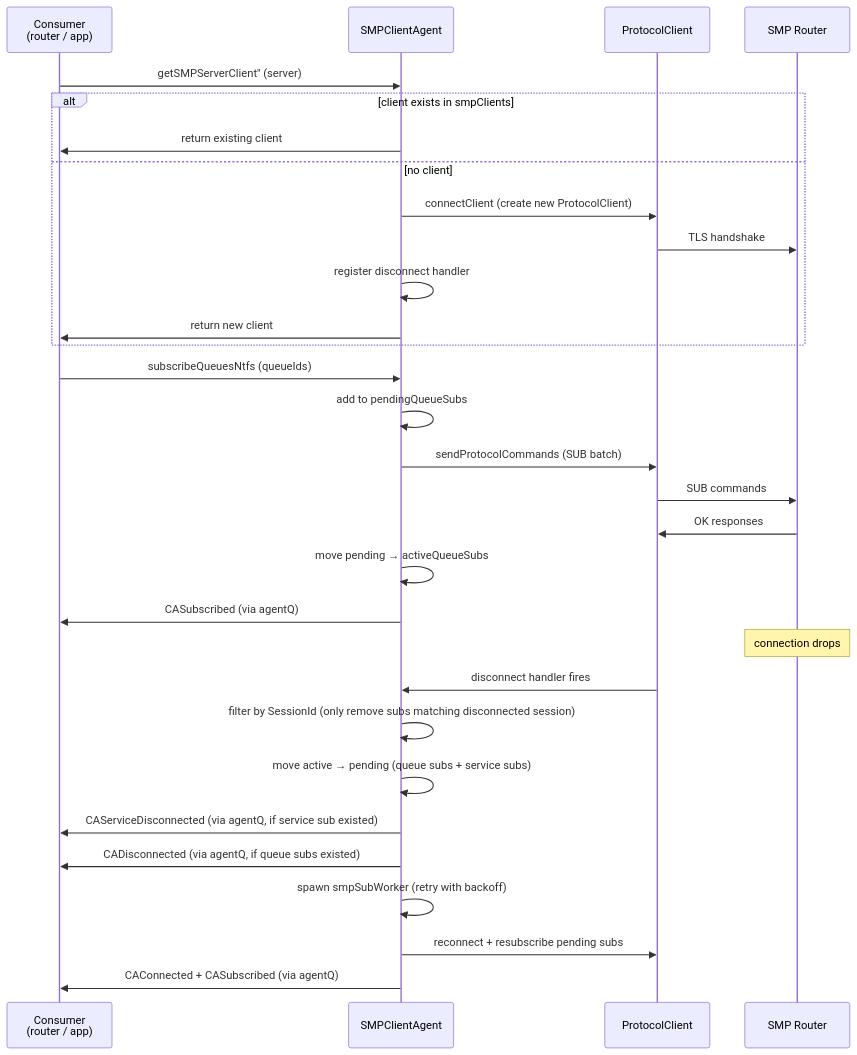
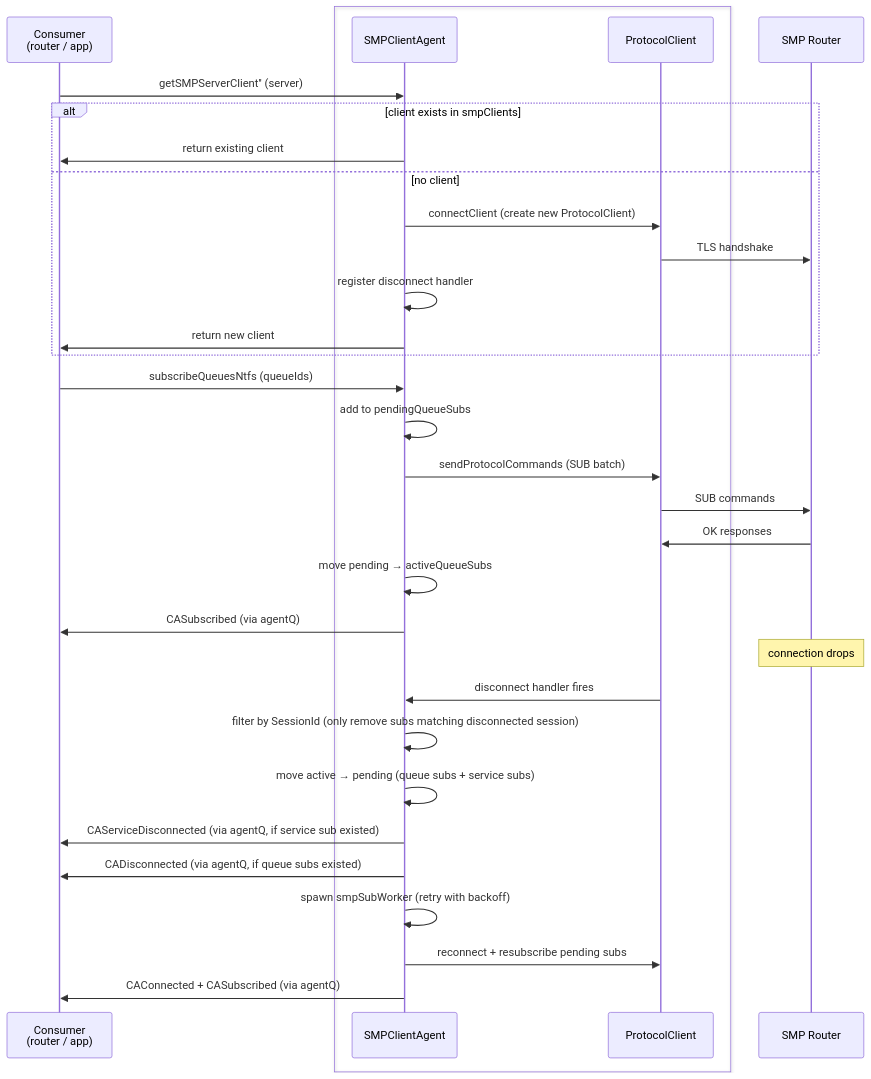
The second of 3 diagrams in spec/clients.md (simplex-chat/simplexmq), drawn with Mermaid before and after one commit. The commit also changed other lines of this file and 10 other files, not shown here.

````diff
--- a/spec/clients.md
+++ b/spec/clients.md
@@ -72,36 +72,40 @@
 ```mermaid
 sequenceDiagram
     participant C as Consumer<br>(router / app)
-    participant A as SMPClientAgent
-    participant PC as ProtocolClient
+
+    box
+        participant A as SMPClientAgent
+        participant PC as ProtocolClient
+    end
+
     participant Router as SMP Router
 
     C->>A: getSMPServerClient'' (server)
     alt client exists in smpClients
         A->>C: return existing client
     else no client
         A->>PC: connectClient (create new ProtocolClient)
         PC->>Router: TLS handshake
         A->>A: register disconnect handler
         A->>C: return new client
     end
 
     C->>A: subscribeQueuesNtfs (queueIds)
     A->>A: add to pendingQueueSubs
     A->>PC: sendProtocolCommands (SUB batch)
     PC->>Router: SUB commands
     Router->>PC: OK responses
     A->>A: move pending → activeQueueSubs
     A->>C: CASubscribed (via agentQ)
 
     Note over Router: connection drops
 
     PC->>A: disconnect handler fires
     A->>A: filter by SessionId (only remove subs matching disconnected session)
     A->>A: move active → pending (queue subs + service subs)
     A->>C: CAServiceDisconnected (via agentQ, if service sub existed)
     A->>C: CADisconnected (via agentQ, if queue subs existed)
     A->>A: spawn smpSubWorker (retry with backoff)
     A->>PC: reconnect + resubscribe pending subs
     A->>C: CAConnected + CASubscribed (via agentQ)
 ```
````
